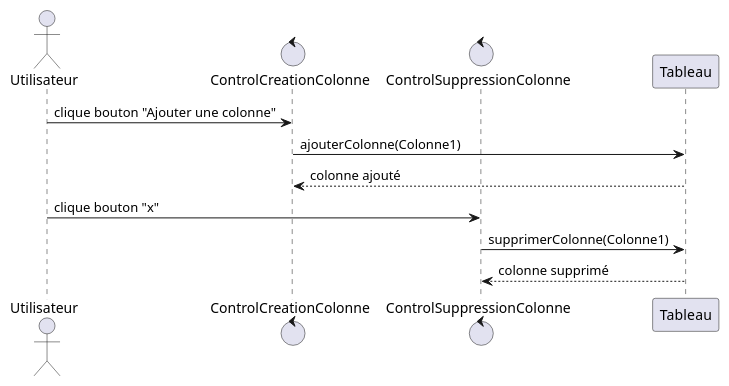
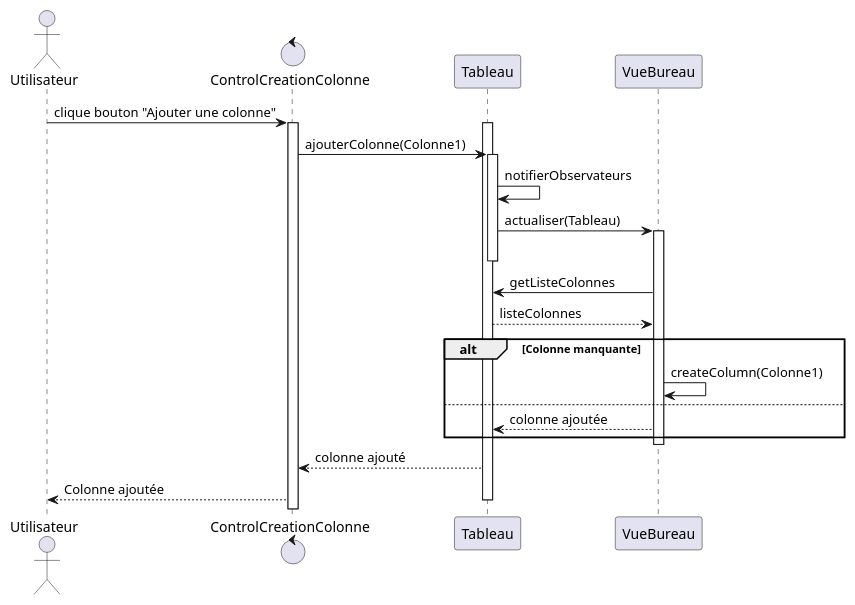
The diagram in Documents/Itération 4/Itération 4 - Diagramme de séquence.puml (AxelBerret/S3D-Trello_BERRET_CHAPELLIER_DODANE_LETONDAL), drawn with PlantUML before and after one commit. The commit also changed 1 other file, not shown here.

```diff
--- a/Documents/Itération 4/Itération 4 - Diagramme de séquence.puml
+++ b/Documents/Itération 4/Itération 4 - Diagramme de séquence.puml
@@ -1,13 +1,25 @@
 @startuml
 actor Utilisateur
 control ControlCreationColonne
-control ControlSuppressionColonne
 
 Utilisateur -> ControlCreationColonne: clique bouton "Ajouter une colonne"
+activate ControlCreationColonne
+activate Tableau
 ControlCreationColonne -> Tableau: ajouterColonne(Colonne1)
+activate Tableau
+Tableau -> Tableau : notifierObservateurs
+Tableau -> VueBureau : actualiser(Tableau)
+activate VueBureau
+deactivate Tableau
+VueBureau -> Tableau : getListeColonnes
+Tableau --> VueBureau : listeColonnes
+alt Colonne manquante
+    VueBureau -> VueBureau : createColumn(Colonne1)
+else
+    VueBureau --> Tableau : colonne ajoutée
+end
+deactivate VueBureau
 Tableau --> ControlCreationColonne: colonne ajouté
-
-Utilisateur -> ControlSuppressionColonne: clique bouton "x"
-ControlSuppressionColonne -> Tableau: supprimerColonne(Colonne1)
-Tableau --> ControlSuppressionColonne: colonne supprimé
+ControlCreationColonne --> Utilisateur : Colonne ajoutée
+deactivate Tableau
 @enduml
```
